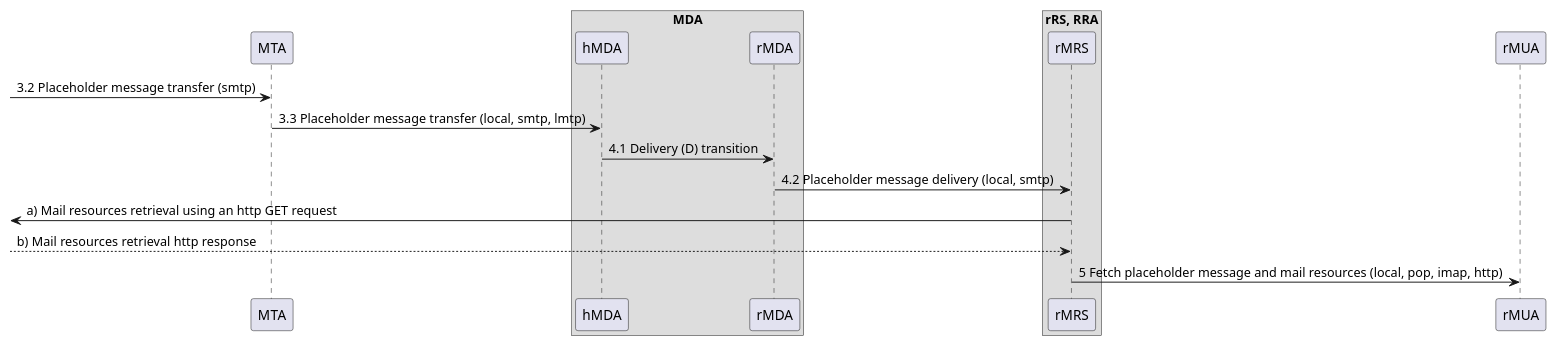
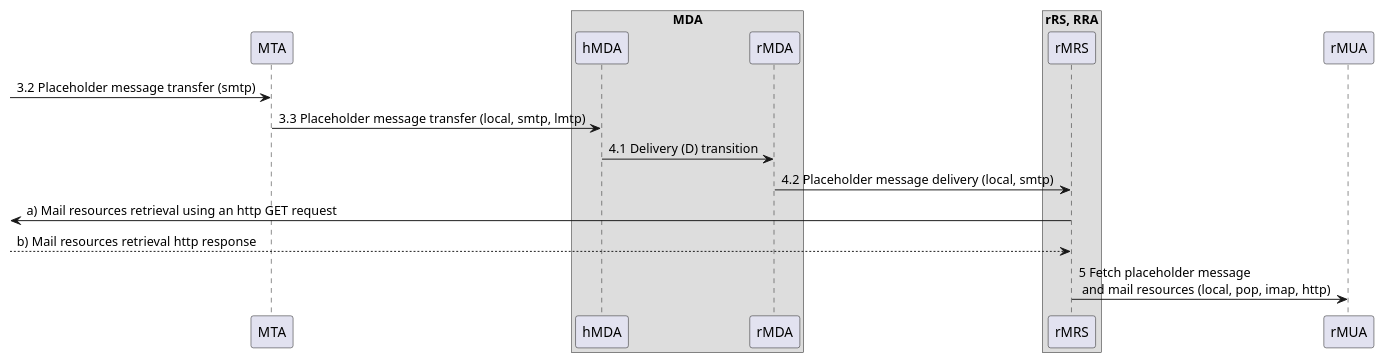
The diagram in docs/resources/authorization-enhanced_rfc5598_II_sd.puml (federizer/federizer), drawn with PlantUML before and after one commit.

```diff
--- a/docs/resources/authorization-enhanced_rfc5598_II_sd.puml
+++ b/docs/resources/authorization-enhanced_rfc5598_II_sd.puml
@@ -1,41 +1,41 @@
 @startuml Authorization-Enhanced Internet Mail Architecture, message flow part II.
 
 /'
 Message
 Message User Agent (MUA)
     Author MUA (aMUA)
     Recipient MUA (rMUA)
 Message Submission Agent (MSA)
     Author-focused MSA functions (aMSA)
     MHS-focused MSA functions (hMSA)
 Message Transfer Agent (MTA)
 Message Delivery Agent (MDA)
     Recipient-focused MDA functions (rMDA)
     MHS-focused MDA functions (hMDA)
 Resource Server (RS)    
 Resource Retrieval Agent (RRA)
 Mail Resource Store (MRS)
     Author MRS (aMRS)
     Recipient MRS (rMRS)    
 '/
 
 'ADMD II. (bar.com)
 participant "MTA" as MTA /'MTA'/
 box "MDA" /'MDA'/
 participant "hMDA" as hMDA /'MHS-focused MDA'/
 participant "rMDA" as rMDA /'Recipient-focused MDA'/
 end box
 box "rRS, RRA" /'Recipient Resource Server, Resource Retrieval Agent'/
 participant "rMRS" as rMRS /'Recipient MRS'/
 end box
 participant "rMUA" as rMUA /'MUA'/
 
 [-> MTA : 3.2 Placeholder message transfer (smtp)
 MTA -> hMDA : 3.3 Placeholder message transfer (local, smtp, lmtp)
 hMDA -> rMDA : 4.1 Delivery (D) transition
 rMDA -> rMRS : 4.2 Placeholder message delivery (local, smtp)
 rMRS ->[ : a) Mail resources retrieval using an http GET request
 rMRS <--[ : b) Mail resources retrieval http response
-rMRS -> rMUA : 5 Fetch placeholder message and mail resources (local, pop, imap, http)
+rMRS -> rMUA : 5 Fetch placeholder message\n and mail resources (local, pop, imap, http)
 
 @enduml
```
